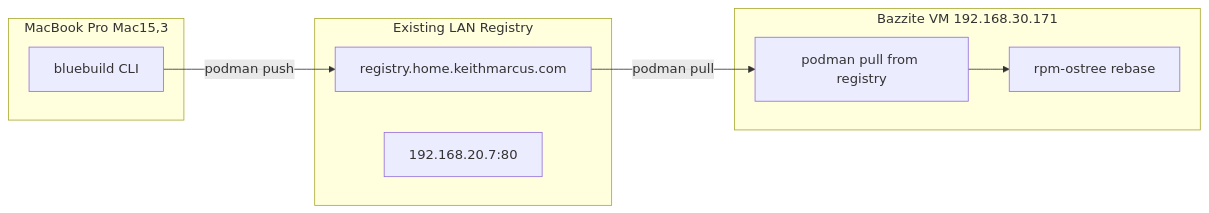
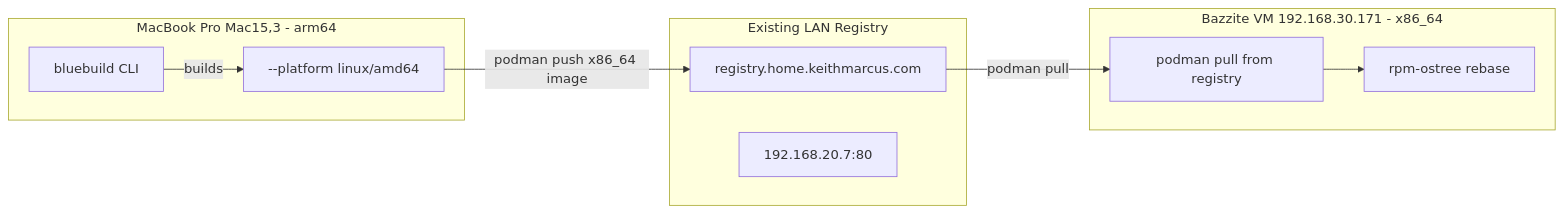
The diagram in docs/development-guide.md (KeithMarcusXIII/bazzite-moonlight), drawn with Mermaid before and after one commit. The commit also changed other lines of this file, not shown here.

First line of the commit message:
📝 docs(development-guide): update cross-architecture build instructions

````diff
--- a/docs/development-guide.md
+++ b/docs/development-guide.md
@@ -224,20 +234,22 @@
 ```mermaid
 flowchart LR
-    subgraph Mac["MacBook Pro Mac15,3"]
+    subgraph Mac["MacBook Pro Mac15,3 - arm64"]
         BB["bluebuild CLI"]
+        ARCH["--platform linux/amd64"]
+        BB -->|builds| ARCH
     end
 
     subgraph Registry["Existing LAN Registry"]
         REG["registry.home.keithmarcus.com"]
         IP["192.168.20.7:80"]
     end
 
-    subgraph VM["Bazzite VM 192.168.30.171"]
+    subgraph VM["Bazzite VM 192.168.30.171 - x86_64"]
         PULL["podman pull from registry"]
         REBASE["rpm-ostree rebase"]
         PULL --> REBASE
     end
 
-    BB -->|podman push| REG
+    ARCH -->|podman push x86_64 image| REG
     REG -->|podman pull| PULL
 ```
````
